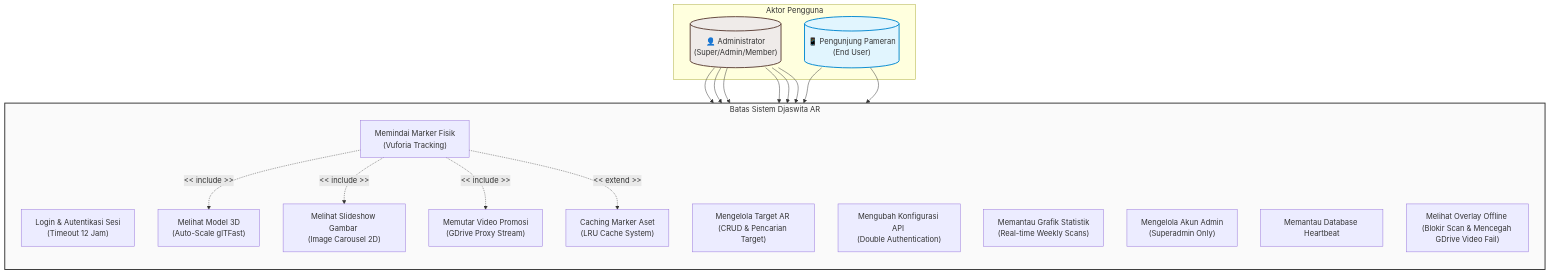
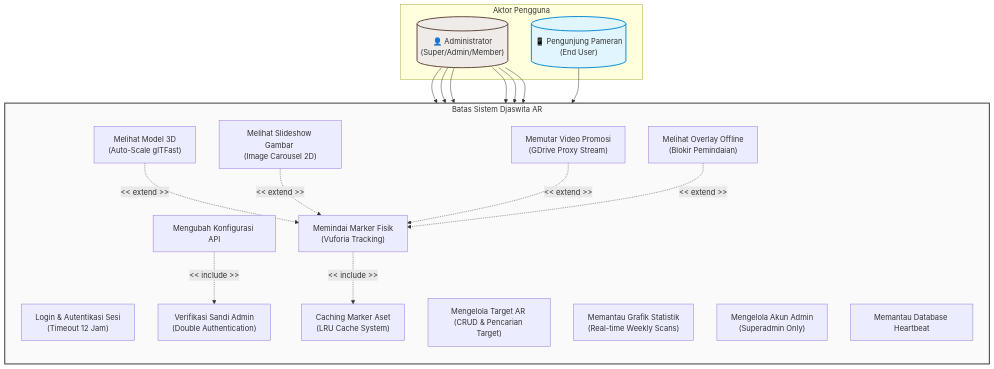
Before and after one commit to MyusiZ3/DjaswitaAR-Fix: the second of 3 diagrams in WebAdmin/docs/diagram/diagram.md, drawn with Mermaid.

Commit message:
docs: formalize include and extend relationships in Use Case diagram
- Restructured usecase relations in 'diagram.md' according to standard UML specifications.
- Linked 'UC_Config' to 'UC_DoubleAuth' via a << include >> relationship.
- Linked 'UC_ScanMarker' to 'UC_CacheMarker' via a << include >> relationship.
- Modeled content rendering ('UC_View3D', 'UC_ViewCarousel', 'UC_PlayVideo') and the offline block overlay ('UC_OfflineOverlay') as << extend >> extensions of 'UC_ScanMarker'.

````diff
--- a/WebAdmin/docs/diagram/diagram.md
+++ b/WebAdmin/docs/diagram/diagram.md
@@ -70,51 +70,54 @@
 ```mermaid
 graph TB
     %% Definisi Aktor
     subgraph Aktor ["Aktor Pengguna"]
         Admin[("👤 Administrator <br>(Super/Admin/Member)")]
         User[("📱 Pengunjung Pameran <br>(End User)")]
     end
 
     %% Batas Sistem (System Boundary)
     subgraph SystemBoundary ["Batas Sistem Djaswita AR"]
         direction TB
         
         %% Use Cases Admin
         UC_Login["Login & Autentikasi Sesi <br>(Timeout 12 Jam)"]
         UC_CRUD["Mengelola Target AR <br>(CRUD & Pencarian Target)"]
-        UC_Config["Mengubah Konfigurasi API <br>(Double Authentication)"]
+        UC_Config["Mengubah Konfigurasi API"]
+        UC_DoubleAuth["Verifikasi Sandi Admin <br>(Double Authentication)"]
         UC_ViewStats["Memantau Grafik Statistik <br>(Real-time Weekly Scans)"]
         UC_ManageAdmin["Mengelola Akun Admin <br>(Superadmin Only)"]
         UC_Hearbeat["Memantau Database Heartbeat"]
 
         %% Use Cases User
         UC_ScanMarker["Memindai Marker Fisik <br>(Vuforia Tracking)"]
         UC_View3D["Melihat Model 3D <br>(Auto-Scale glTFast)"]
         UC_ViewCarousel["Melihat Slideshow Gambar <br>(Image Carousel 2D)"]
         UC_PlayVideo["Memutar Video Promosi <br>(GDrive Proxy Stream)"]
-        UC_OfflineOverlay["Melihat Overlay Offline <br>(Blokir Scan & Mencegah GDrive Video Fail)"]
+        UC_OfflineOverlay["Melihat Overlay Offline <br>(Blokir Pemindaian)"]
         UC_CacheMarker["Caching Marker Aset <br>(LRU Cache System)"]
     end
 
     %% Hubungan Aktor ke Use Case
     Admin --> UC_Login
     Admin --> UC_CRUD
     Admin --> UC_Config
     Admin --> UC_ViewStats
     Admin --> UC_ManageAdmin
     Admin --> UC_Hearbeat
 
     User --> UC_ScanMarker
-    User --> UC_OfflineOverlay
 
     %% Relasi Include / Extend
-    UC_ScanMarker -. "<< include >>" .-> UC_View3D
-    UC_ScanMarker -. "<< include >>" .-> UC_ViewCarousel
-    UC_ScanMarker -. "<< include >>" .-> UC_PlayVideo
-    UC_ScanMarker -. "<< extend >>" .-> UC_CacheMarker
+    UC_Config -. "<< include >>" .-> UC_DoubleAuth
+    UC_ScanMarker -. "<< include >>" .-> UC_CacheMarker
+    
+    UC_View3D -. "<< extend >>" .-> UC_ScanMarker
+    UC_ViewCarousel -. "<< extend >>" .-> UC_ScanMarker
+    UC_PlayVideo -. "<< extend >>" .-> UC_ScanMarker
+    UC_OfflineOverlay -. "<< extend >>" .-> UC_ScanMarker
 
     %% Styling Warna
     style Admin fill:#efebe9,stroke:#5d4037,stroke-width:2px;
     style User fill:#e1f5fe,stroke:#0288d1,stroke-width:2px;
     style SystemBoundary fill:#fafafa,stroke:#333,stroke-width:2px;
 ```
````
